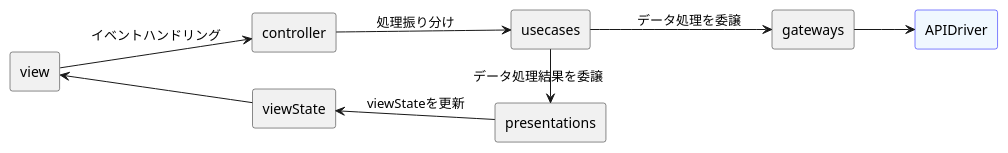
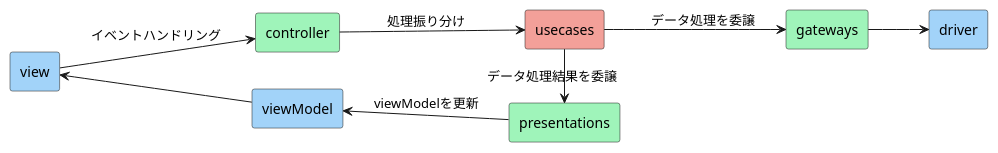
Before and after one commit to yr260625/vue-oreore-CA: the diagram in image/plantuml/process-flow.pu, drawn with PlantUML. The commit also changed 5 other files, not shown here.

```diff
--- a/image/plantuml/process-flow.pu
+++ b/image/plantuml/process-flow.pu
@@ -1,22 +1,22 @@
-@startuml
+@startuml proccess-flow
 
 left to right direction
 ' Horizontal lines: -->, <--, <-->
 ' Vertical lines: ->, <-, <->
 
-agent controller
-agent view
-agent usecases
-agent gateways
-agent presentations
-agent viewState
-agent APIDriver #aliceblue;line:blue
+agent controller #9ff4ba
+agent view #a2d3f9
+agent usecases #f3a099
+agent gateways #9ff4ba
+agent presentations #9ff4ba
+agent viewModel #a2d3f9
+agent driver #a2d3f9
 
 view --> controller: イベントハンドリング
 controller --> usecases: 処理振り分け
 usecases --> gateways: データ処理を委譲
-gateways --> APIDriver
+gateways --> driver
 usecases -> presentations: データ処理結果を委譲
-viewState <-- presentations: viewStateを更新
-view <-- viewState
+viewModel <-- presentations: viewModelを更新
+view <-- viewModel
 @enduml
```
